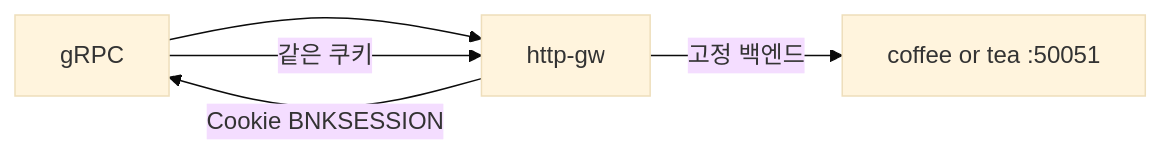
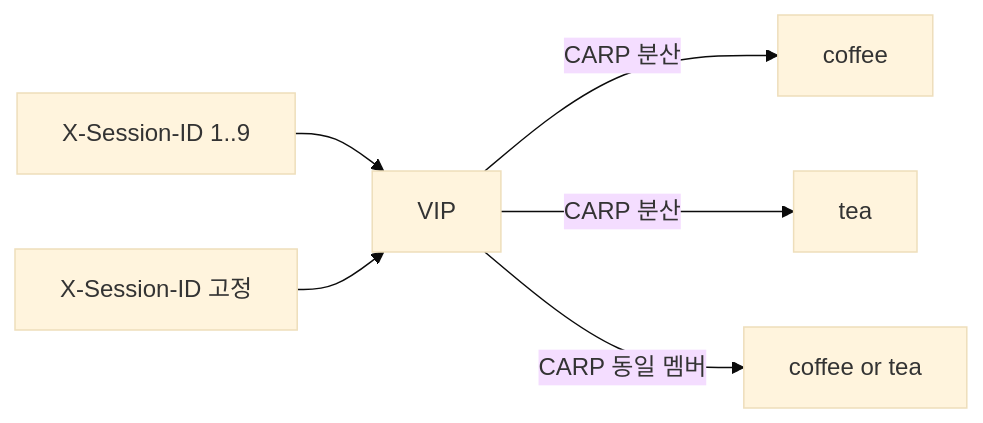
Before and after one commit to mink0119/2609_f5bnk: the diagram in Advanced_Feature/3.15_GRPCRoute_SessionPersistence/README.md, drawn with Mermaid (base theme). The commit also changed other lines of this file and 3 other files, not shown here.

````diff
--- a/Advanced_Feature/3.15_GRPCRoute_SessionPersistence/README.md
+++ b/Advanced_Feature/3.15_GRPCRoute_SessionPersistence/README.md
@@ -10,7 +7,7 @@
 ```mermaid
 flowchart LR
-  C[gRPC] --> GW[http-gw]
-  GW -->|Cookie BNKSESSION| C
-  C -->|같은 쿠키| GW
-  GW -->|고정 백엔드| P1[coffee or tea :50051]
+  C["X-Session-ID 1..9"] --> VIP[VIP]
+  VIP -->|CARP 분산| P1[coffee] & P2[tea]
+  C2["X-Session-ID 고정"] --> VIP
+  VIP -->|CARP 동일 멤버| P3[coffee or tea]
 ```
````
